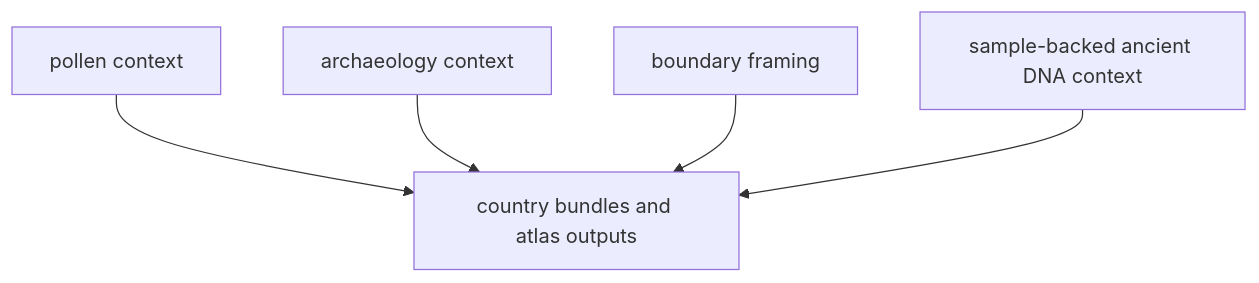
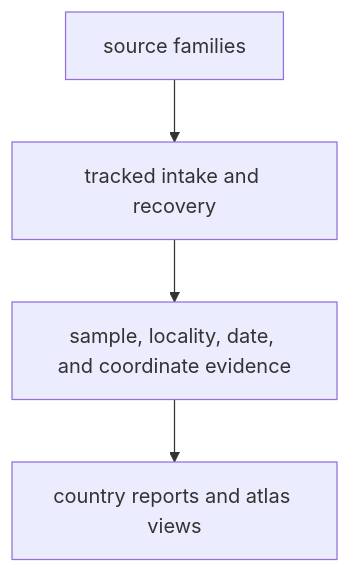
The diagram in docs/02-bijux-pollenomics-data/index.md (bijux/bijux-pollenomics), drawn with Mermaid before and after one commit. The commit also changed other lines of this file and 4 other files, not shown here.

````diff
--- a/docs/02-bijux-pollenomics-data/index.md
+++ b/docs/02-bijux-pollenomics-data/index.md
@@ -31,13 +31,11 @@
 ```mermaid
 flowchart TB
-    pollen["pollen context"]
-    archaeology["archaeology context"]
-    boundaries["boundary framing"]
-    adna["sample-backed ancient DNA context"]
-    outputs["country bundles and atlas outputs"]
+    sources["source families"]
+    intake["tracked intake and recovery"]
+    evidence["sample, locality, date, and coordinate evidence"]
+    outputs["country reports and atlas views"]
 
-    pollen --> outputs
-    archaeology --> outputs
-    boundaries --> outputs
-    adna --> outputs
+    sources --> intake
+    intake --> evidence
+    evidence --> outputs
 ```
````
